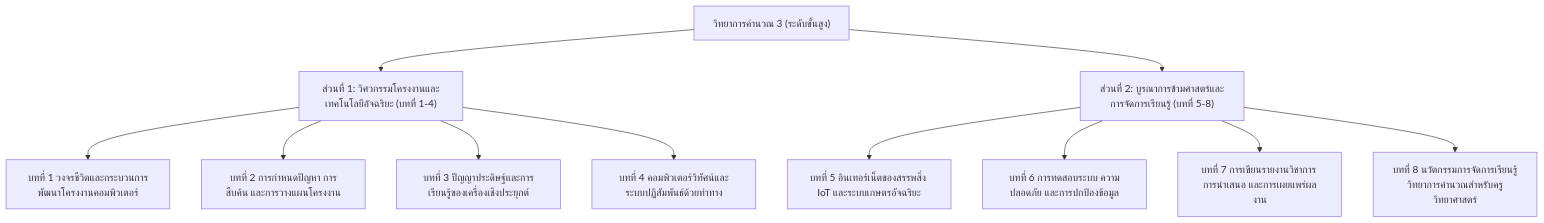
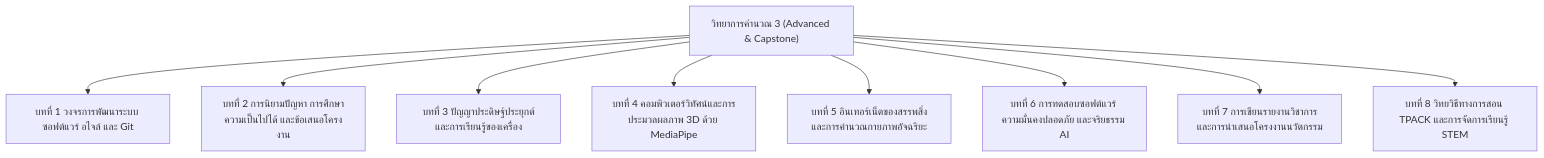
Before and after one commit to Tsanaphy2023/computing-science: the diagram in book3_computing_science_advanced.md, drawn with Mermaid. The commit also changed other lines of this file and 7 other files, not shown here.

````diff
--- a/book3_computing_science_advanced.md
+++ b/book3_computing_science_advanced.md
@@ -17,15 +30,11 @@
 ```mermaid
 graph TD
-    A["วิทยาการคำนวณ 3 (ระดับขั้นสูง)"] --> B["ส่วนที่ 1: วิศวกรรมโครงงานและเทคโนโลยีอัจฉริยะ (บทที่ 1-4)"]
-    A --> C["ส่วนที่ 2: บูรณาการข้ามศาสตร์และการจัดการเรียนรู้ (บทที่ 5-8)"]
-    
-    B --> B1["บทที่ 1 วงจรชีวิตและกระบวนการพัฒนาโครงงานคอมพิวเตอร์"]
-    B --> B2["บทที่ 2 การกำหนดปัญหา การสืบค้น และการวางแผนโครงงาน"]
-    B --> B3["บทที่ 3 ปัญญาประดิษฐ์และการเรียนรู้ของเครื่องเชิงประยุกต์"]
-    B --> B4["บทที่ 4 คอมพิวเตอร์วิทัศน์และระบบปฏิสัมพันธ์ด้วยท่าทาง"]
-    
-    C --> C1["บทที่ 5 อินเทอร์เน็ตของสรรพสิ่ง IoT และระบบเกษตรอัจฉริยะ"]
-    C --> C2["บทที่ 6 การทดสอบระบบ ความปลอดภัย และการปกป้องข้อมูล"]
-    C --> C3["บทที่ 7 การเขียนรายงานวิชาการ การนำเสนอ และการเผยแพร่ผลงาน"]
-    C --> C4["บทที่ 8 นวัตกรรมการจัดการเรียนรู้วิทยาการคำนวณสำหรับครูวิทยาศาสตร์"]
+    B3["วิทยาการคำนวณ 3 (Advanced & Capstone)"] --> K1["บทที่ 1 วงจรการพัฒนาระบบ ซอฟต์แวร์ อไจล์ และ Git"]
+    B3 --> K2["บทที่ 2 การนิยามปัญหา การศึกษาความเป็นไปได้ และข้อเสนอโครงงาน"]
+    B3 --> K3["บทที่ 3 ปัญญาประดิษฐ์ประยุกต์และการเรียนรู้ของเครื่อง"]
+    B3 --> K4["บทที่ 4 คอมพิวเตอร์วิทัศน์และการประมวลผลภาพ 3D ด้วย MediaPipe"]
+    B3 --> K5["บทที่ 5 อินเทอร์เน็ตของสรรพสิ่งและการคำนวณกายภาพอัจฉริยะ"]
+    B3 --> K6["บทที่ 6 การทดสอบซอฟต์แวร์ ความมั่นคงปลอดภัย และจริยธรรม AI"]
+    B3 --> K7["บทที่ 7 การเขียนรายงานวิชาการและการนำเสนอโครงงานนวัตกรรม"]
+    B3 --> K8["บทที่ 8 วิทยวิธีทางการสอน TPACK และการจัดการเรียนรู้ STEM"]
 ```
````
